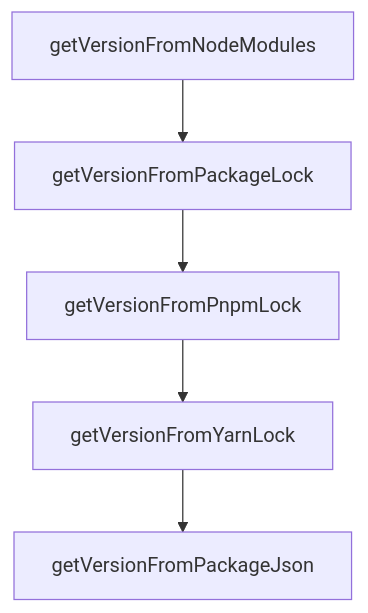
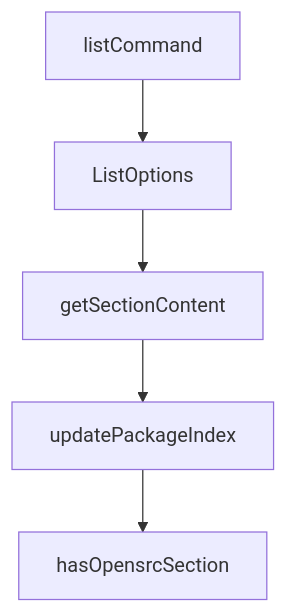
Before and after one commit to johnxie/awesome-code-docs: the diagram in tutorials/opensrc-tutorial/06-update-remove-and-clean-lifecycle.md, drawn with Mermaid. The commit also changed other lines of this file and 1232 other files, not shown here.

````diff
--- a/tutorials/opensrc-tutorial/06-update-remove-and-clean-lifecycle.md
+++ b/tutorials/opensrc-tutorial/06-update-remove-and-clean-lifecycle.md
@@ -215,12 +213,12 @@
 ```mermaid
 flowchart TD
-    A[getVersionFromNodeModules]
-    B[getVersionFromPackageLock]
-    C[getVersionFromPnpmLock]
-    D[getVersionFromYarnLock]
-    E[getVersionFromPackageJson]
+    A[listCommand]
+    B[ListOptions]
+    C[getSectionContent]
+    D[updatePackageIndex]
+    E[hasOpensrcSection]
     A --> B
     B --> C
     C --> D
     D --> E
 ```
````
